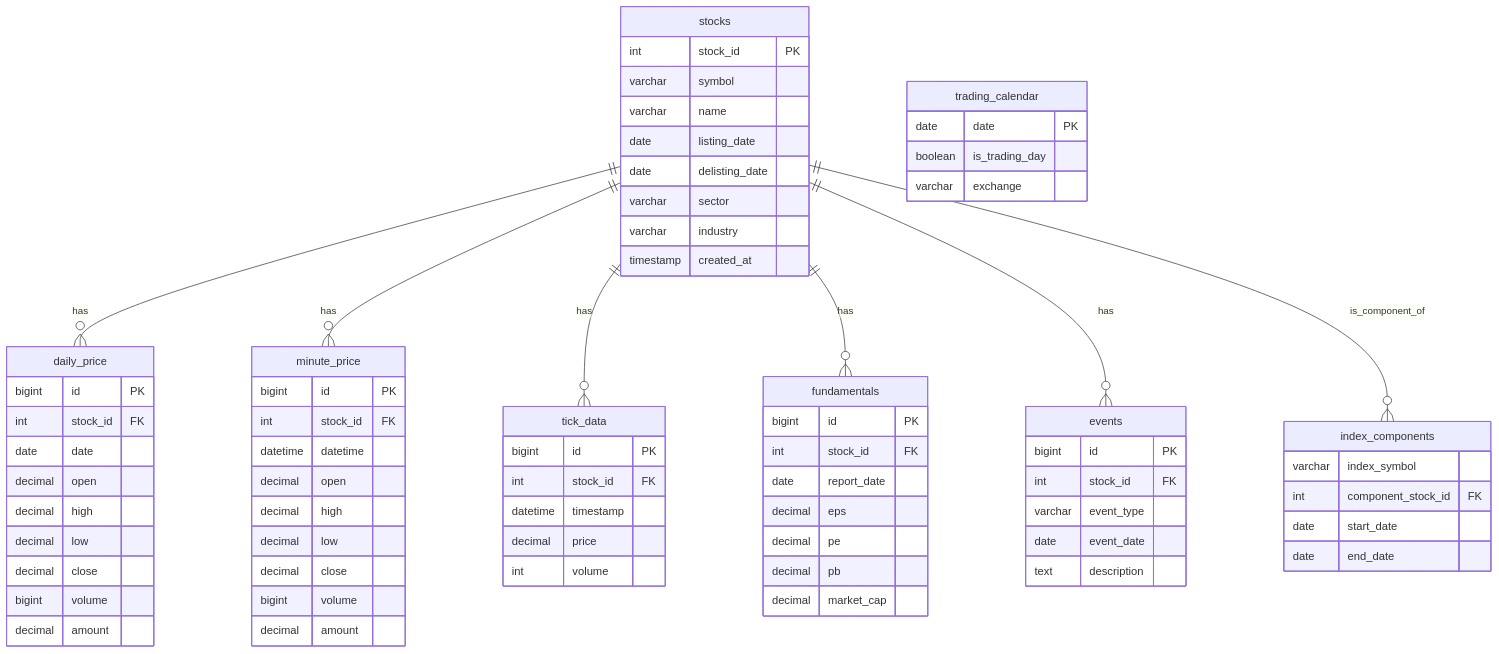
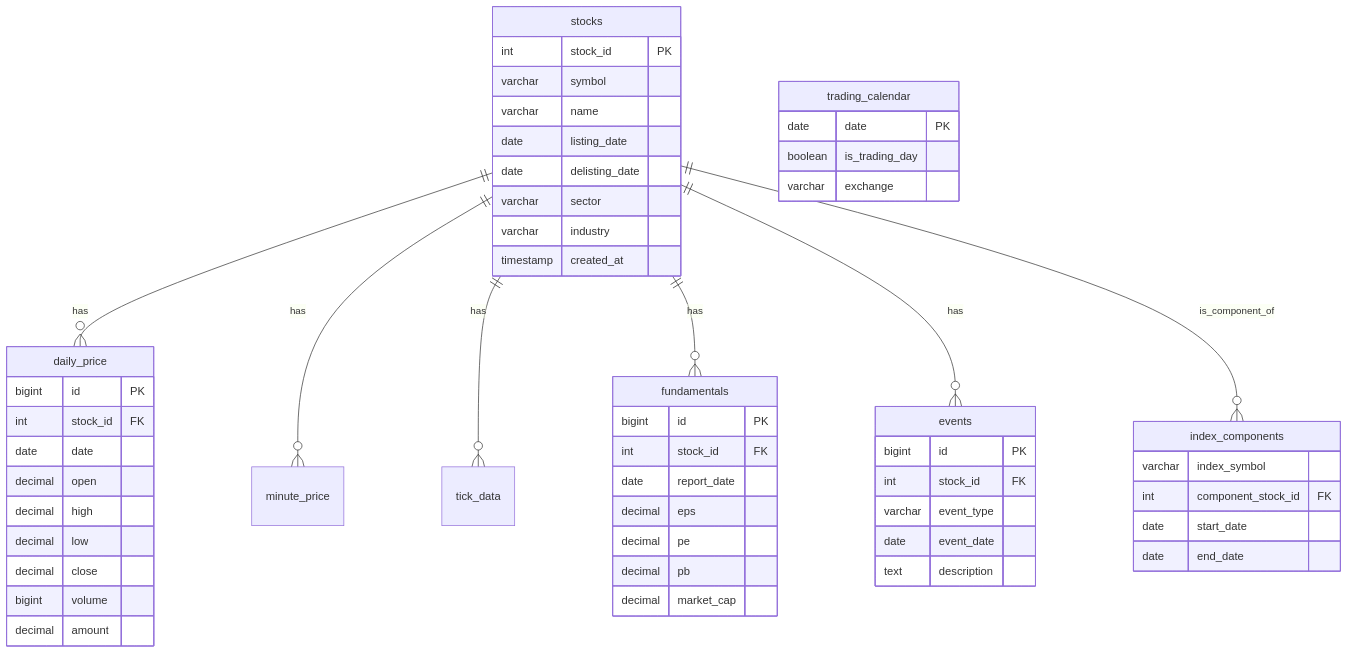
One commit to CGNwang/CGNwang.github.io changed the diagram in _posts/2026-03-18-2137.md. Above: the diagram before and after it, drawn with Mermaid. The commit also changed other lines of this file, not shown here.

Commit message:
Update stock schema by removing price tables
Removed minute_price and tick_data tables from the schema and added details about stocks and related tables.

```diff
--- a/_posts/2026-03-18-2137.md
+++ b/_posts/2026-03-18-2137.md
@@ -64,26 +64,6 @@
         decimal amount
     }
     
-    minute_price {
-        bigint id PK
-        int stock_id FK
-        datetime datetime
-        decimal open
-        decimal high
-        decimal low
-        decimal close
-        bigint volume
-        decimal amount
-    }
-    
-    tick_data {
-        bigint id PK
-        int stock_id FK
-        datetime timestamp
-        decimal price
-        int volume
-    }
-    
     fundamentals {
         bigint id PK
         int stock_id FK
```
